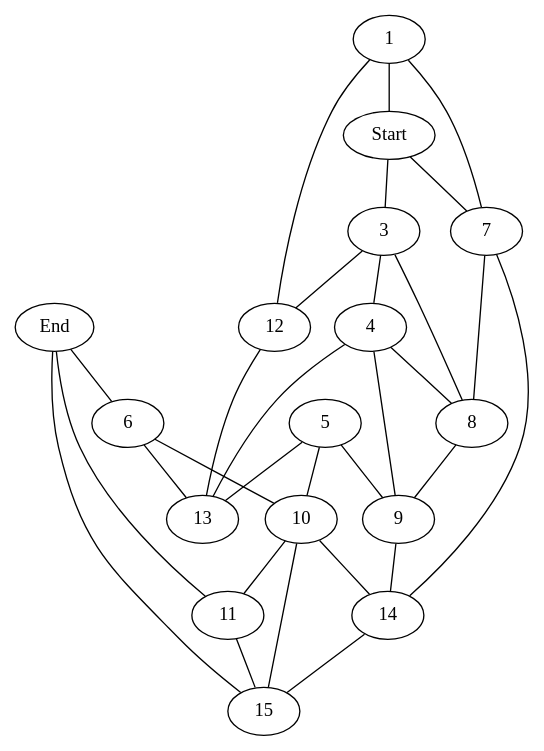
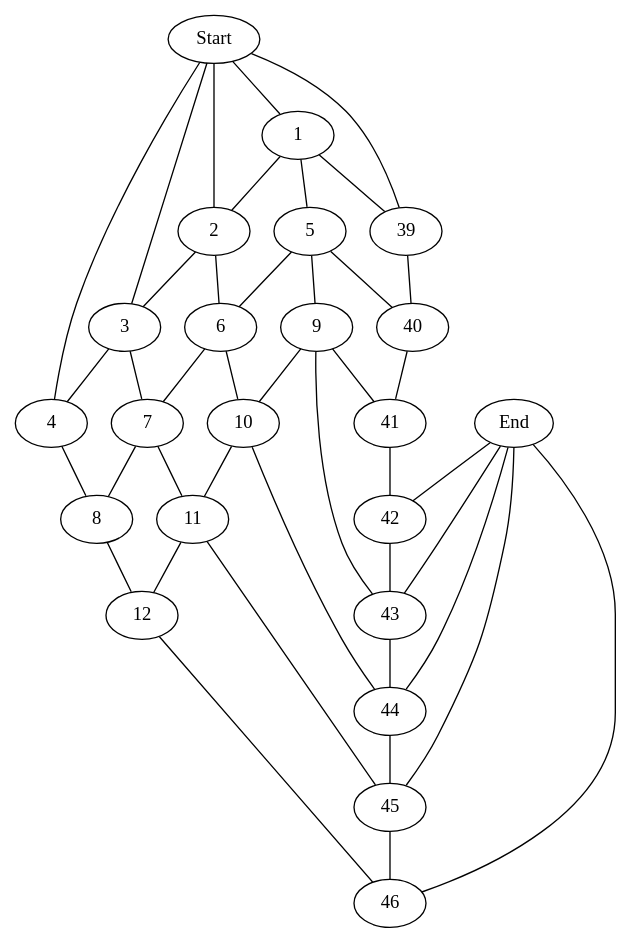
The diagram in dotFiles/Level_4.dot (Narvik09/Shannon-Switching-Game), drawn with Graphviz before and after one commit. The commit also changed 33 other files, not shown here.

```diff
--- a/dotFiles/Level_4.dot
+++ b/dotFiles/Level_4.dot
@@ -1,48 +1,66 @@
-graph prob17 {
-    End [pos = "596, 53";];
-    1 [pos = "62, 428";];
-    Start [pos = "105, 339";];
-    3 [pos = "158, 250";];
-    4 [pos = "266, 160";];
-    5 [pos = "362, 103";];
-    6 [pos = "489, 68";];
-    7 [pos = "170, 415";];
-    8 [pos = "293, 392";];
-    9 [pos = "386, 339";];
-    10 [pos = "474, 265";];
-    11 [pos = "554, 156";];
-    12 [pos = "92, 176";];
-    13 [pos = "236, 60";];
-    14 [pos = "418, 433";];
-    15 [pos = "584, 290";];
+graph prob23 {
+    Start [pos = "50, 223";];
+    1 [pos = "166, 129";];
+    2 [pos = "168, 222";];
+    3 [pos = "169, 313";];
+    4 [pos = "168, 413";];
+    5 [pos = "280, 125";];
+    6 [pos = "281, 219";];
+    7 [pos = "282, 312";];
+    8 [pos = "284, 411";];
+    9 [pos = "389, 126";];
+    10 [pos = "393, 217";];
+    11 [pos = "396, 313";];
+    12 [pos = "398, 410";];
+    End [pos = "604, 212";];
+    39 [pos = "164, 40";];
+    40 [pos = "279, 36";];
+    41 [pos = "389, 33";];
+    42 [pos = "489, 31";];
+    43 [pos = "492, 123";];
+    44 [pos = "495, 215";];
+    45 [pos = "499, 308";];
+    46 [pos = "501, 408";];
     
-    1 -- Start [key = "16";];
-    Start -- 7 [key = "17";];
-    1 -- 7 [key = "18";];
-    1 -- 12 [key = "19";];
-    12 -- 13 [key = "20";];
-    6 -- 13 [key = "21";];
-    End -- 6 [key = "22";];
-    End -- 11 [key = "23";];
-    11 -- 15 [key = "24";];
-    End -- 15 [key = "25";];
-    6 -- 10 [key = "26";];
-    10 -- 15 [key = "27";];
-    10 -- 11 [key = "28";];
-    14 -- 15 [key = "29";];
-    7 -- 14 [key = "30";];
-    7 -- 8 [key = "31";];
-    8 -- 9 [key = "32";];
-    9 -- 14 [key = "33";];
-    10 -- 14 [key = "34";];
-    5 -- 10 [key = "35";];
-    5 -- 13 [key = "36";];
-    4 -- 13 [key = "37";];
-    4 -- 9 [key = "38";];
-    Start -- 3 [key = "39";];
-    3 -- 4 [key = "40";];
-    3 -- 12 [key = "41";];
-    4 -- 8 [key = "42";];
-    3 -- 8 [key = "43";];
-    5 -- 9 [key = "45";];
+    Start -- 1 [key = "14";];
+    Start -- 2 [key = "15";];
+    Start -- 3 [key = "16";];
+    Start -- 4 [key = "17";];
+    1 -- 2 [key = "18";];
+    1 -- 5 [key = "19";];
+    2 -- 3 [key = "20";];
+    2 -- 6 [key = "21";];
+    3 -- 4 [key = "22";];
+    3 -- 7 [key = "23";];
+    4 -- 8 [key = "24";];
+    5 -- 6 [key = "25";];
+    5 -- 9 [key = "26";];
+    6 -- 7 [key = "27";];
+    6 -- 10 [key = "28";];
+    7 -- 8 [key = "29";];
+    7 -- 11 [key = "30";];
+    8 -- 12 [key = "31";];
+    9 -- 10 [key = "32";];
+    10 -- 11 [key = "34";];
+    11 -- 12 [key = "36";];
+    12 -- 46 [key = "47";];
+    11 -- 45 [key = "48";];
+    44 -- 45 [key = "49";];
+    10 -- 44 [key = "50";];
+    1 -- 39 [key = "51";];
+    39 -- 40 [key = "52";];
+    40 -- 41 [key = "53";];
+    41 -- 42 [key = "54";];
+    42 -- 43 [key = "55";];
+    43 -- 44 [key = "56";];
+    Start -- 39 [key = "57";];
+    5 -- 40 [key = "58";];
+    9 -- 41 [key = "59";];
+    9 -- 43 [key = "60";];
+    45 -- 46 [key = "61";];
+    End -- 46 [key = "62";];
+    End -- 42 [key = "63";];
+    End -- 43 [key = "64";];
+    End -- 44 [key = "65";];
+    End -- 45 [key = "66";];
 }
```
